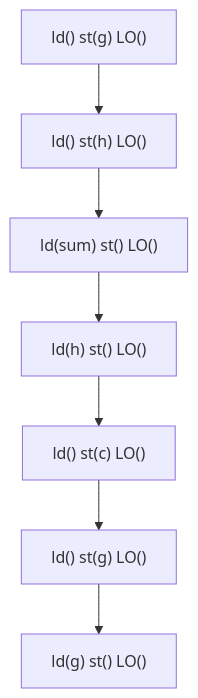
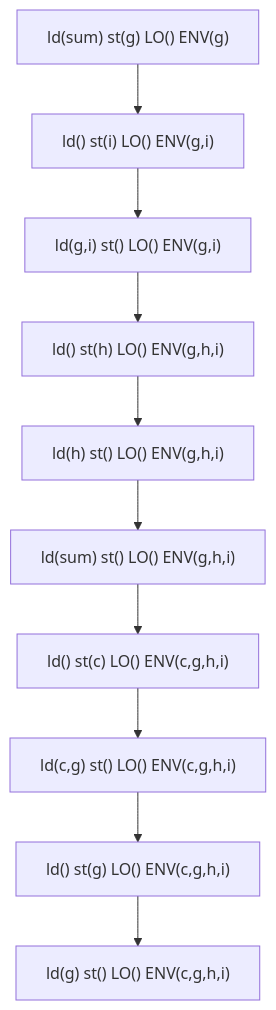
The fifth of 5 diagrams in zlib_optimizer/graph.md (Yosshi999/ARCGolfVisualizer), drawn with Mermaid before and after one commit. The commit also changed other lines of this file and 1 other file, not shown here.

````diff
--- a/zlib_optimizer/graph.md
+++ b/zlib_optimizer/graph.md
@@ -60,16 +65,22 @@
 ```mermaid
 graph TB
-  N2209906866320["ld() st(g) LO()"]
-  N2209906866320 --> N2209906868112
-  N2209906868112["ld() st(h) LO()"]
-  N2209906868112 --> N2209906903504
-  N2209906903504["ld(sum) st() LO()"]
-  N2209906903504 --> N2209906903952
-  N2209906903952["ld(h) st() LO()"]
-  N2209906903952 --> N2209906904592
-  N2209906904592["ld() st(c) LO()"]
-  N2209906904592 --> N2209906903568
-  N2209906903568["ld() st(g) LO()"]
-  N2209906903568 --> N2209906901520
-  N2209906901520["ld(g) st() LO()"]
+  N1886106501328["ld(sum) st(g) LO() ENV(g)"]
+  N1886106501328 --> N1886106501456
+  N1886106501456["ld() st(i) LO() ENV(g,i)"]
+  N1886106501456 --> N1886106501264
+  N1886106501264["ld(g,i) st() LO() ENV(g,i)"]
+  N1886106501264 --> N1886106502928
+  N1886106502928["ld() st(h) LO() ENV(g,h,i)"]
+  N1886106502928 --> N1886106503056
+  N1886106503056["ld(h) st() LO() ENV(g,h,i)"]
+  N1886106503056 --> N1886106575120
+  N1886106575120["ld(sum) st() LO() ENV(g,h,i)"]
+  N1886106575120 --> N1886106576272
+  N1886106576272["ld() st(c) LO() ENV(c,g,h,i)"]
+  N1886106576272 --> N1886106576528
+  N1886106576528["ld(c,g) st() LO() ENV(c,g,h,i)"]
+  N1886106576528 --> N1886106576656
+  N1886106576656["ld() st(g) LO() ENV(c,g,h,i)"]
+  N1886106576656 --> N1886106580688
+  N1886106580688["ld(g) st() LO() ENV(c,g,h,i)"]
 ```
````
